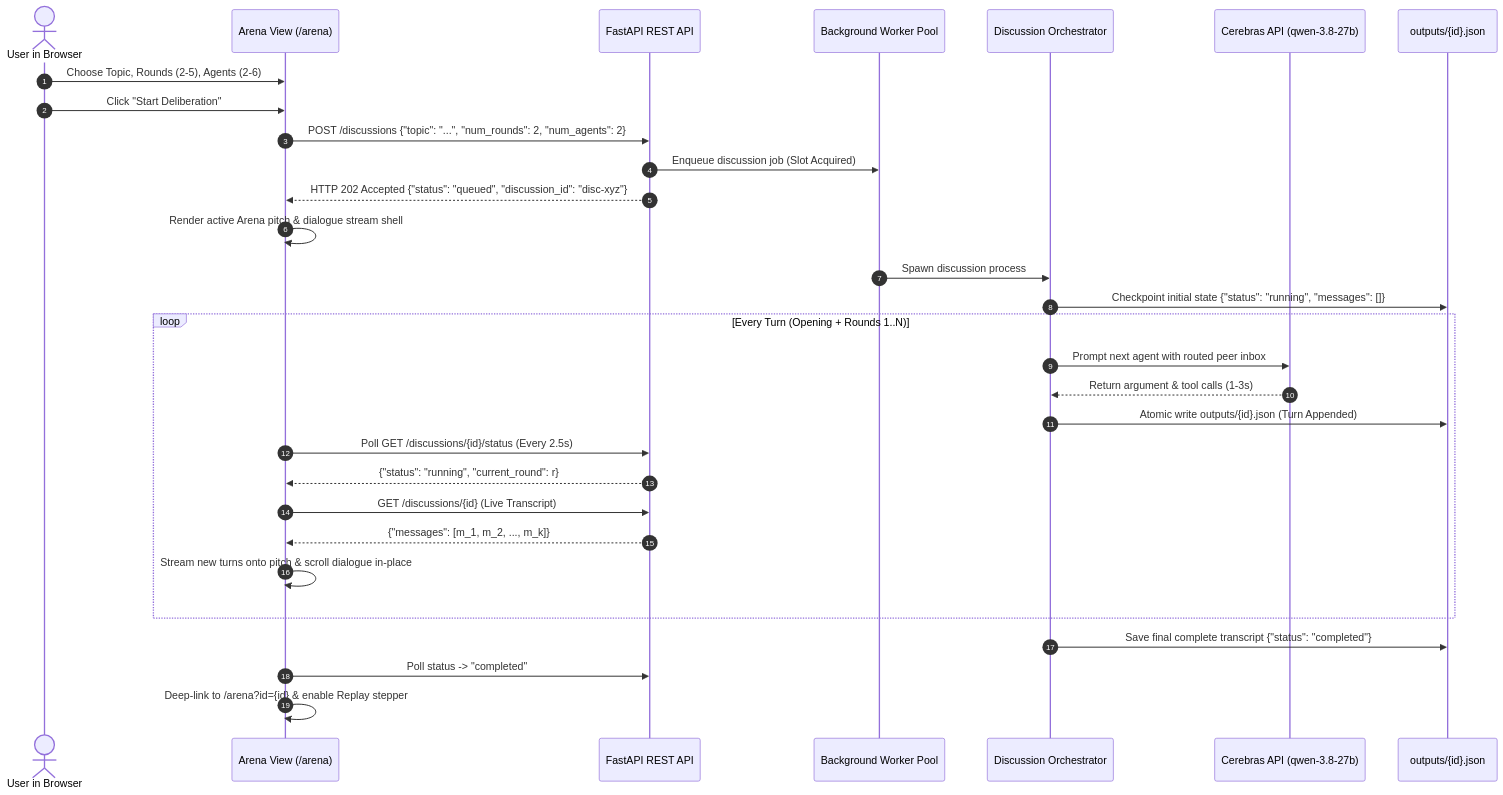
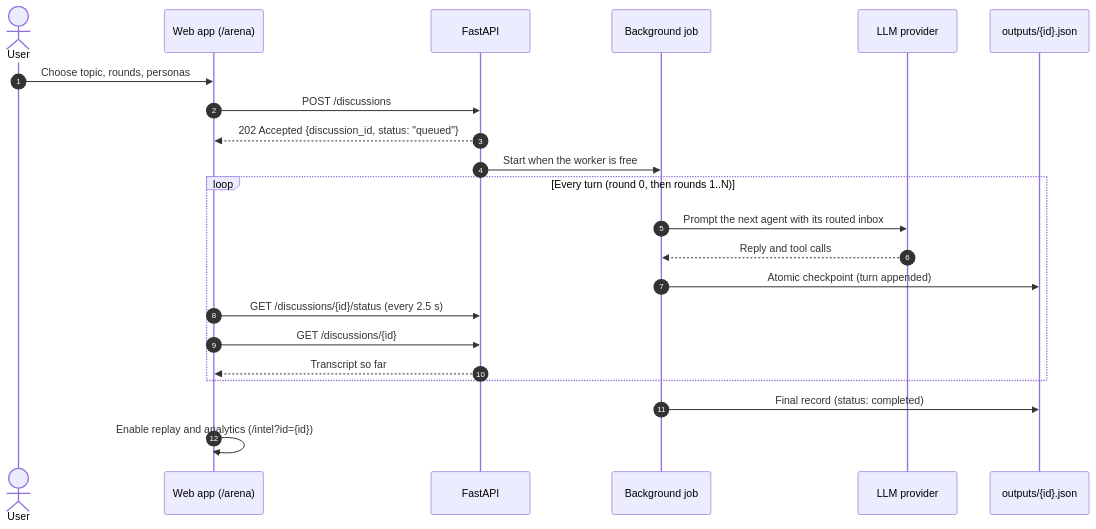
The second of 3 diagrams in README.md (Moataz-hindy/Football-Analysis-RAG), drawn with Mermaid before and after one commit. The commit also changed other lines of this file and 62 other files, not shown here.

Commit message:
feat: merge arena advisor with durable caching while preserving custom personas

````diff
--- a/README.md
+++ b/README.md
@@ -164,37 +107,25 @@
 ```mermaid
 sequenceDiagram
     autonumber
-    actor User as User in Browser
-    participant App as Arena View (/arena)
-    participant API as FastAPI REST API
-    participant Worker as Background Worker Pool
-    participant Orchestrator as Discussion Orchestrator
-    participant LLM as Cerebras API (qwen-3.8-27b)
+    actor User
+    participant App as Web app (/arena)
+    participant API as FastAPI
+    participant Job as Background job
+    participant LLM as LLM provider
     participant Disk as outputs/{id}.json
 
-    User->>App: Choose Topic, Rounds (2-5), Agents (2-6)
-    User->>App: Click "Start Deliberation"
-    App->>API: POST /discussions {"topic": "...", "num_rounds": 2, "num_agents": 2}
-    API->>Worker: Enqueue discussion job (Slot Acquired)
-    API-->>App: HTTP 202 Accepted {"status": "queued", "discussion_id": "disc-xyz"}
-    App->>App: Render active Arena pitch & dialogue stream shell
-    
-    Worker->>Orchestrator: Spawn discussion process
-    Orchestrator->>Disk: Checkpoint initial state {"status": "running", "messages": []}
-    
-    loop Every Turn (Opening + Rounds 1..N)
-        Orchestrator->>LLM: Prompt next agent with routed peer inbox
-        LLM-->>Orchestrator: Return argument & tool calls (1-3s)
-        Orchestrator->>Disk: Atomic write outputs/{id}.json (Turn Appended)
-        
-        App->>API: Poll GET /discussions/{id}/status (Every 2.5s)
-        API-->>App: {"status": "running", "current_round": r}
-        App->>API: GET /discussions/{id} (Live Transcript)
-        API-->>App: {"messages": [m_1, m_2, ..., m_k]}
-        App->>App: Stream new turns onto pitch & scroll dialogue in-place
+    User->>App: Choose topic, rounds, personas
+    App->>API: POST /discussions
+    API-->>App: 202 Accepted {discussion_id, status: "queued"}
+    API->>Job: Start when the worker is free
+    loop Every turn (round 0, then rounds 1..N)
+        Job->>LLM: Prompt the next agent with its routed inbox
+        LLM-->>Job: Reply and tool calls
+        Job->>Disk: Atomic checkpoint (turn appended)
+        App->>API: GET /discussions/{id}/status (every 2.5 s)
+        App->>API: GET /discussions/{id}
+        API-->>App: Transcript so far
     end
-
-    Orchestrator->>Disk: Save final complete transcript {"status": "completed"}
-    App->>API: Poll status -> "completed"
-    App->>App: Deep-link to /arena?id={id} & enable Replay stepper
+    Job->>Disk: Final record (status: completed)
+    App->>App: Enable replay and analytics (/intel?id={id})
 ```
````
